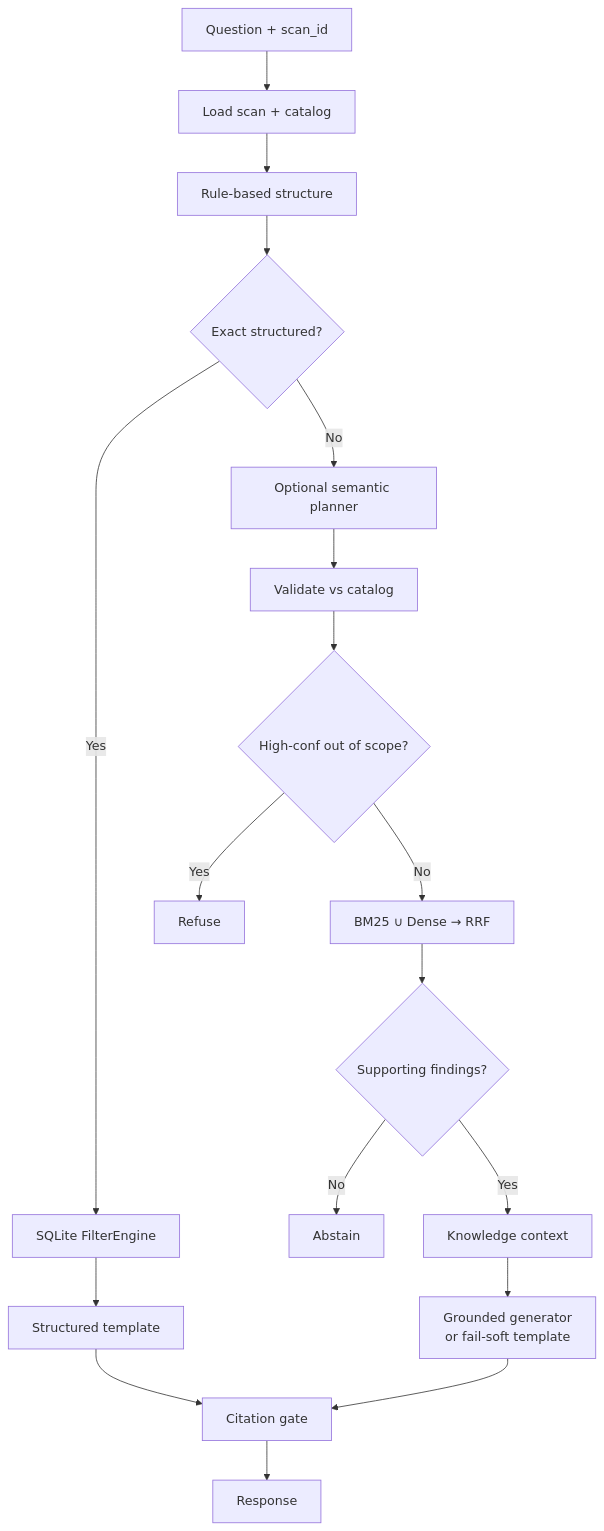
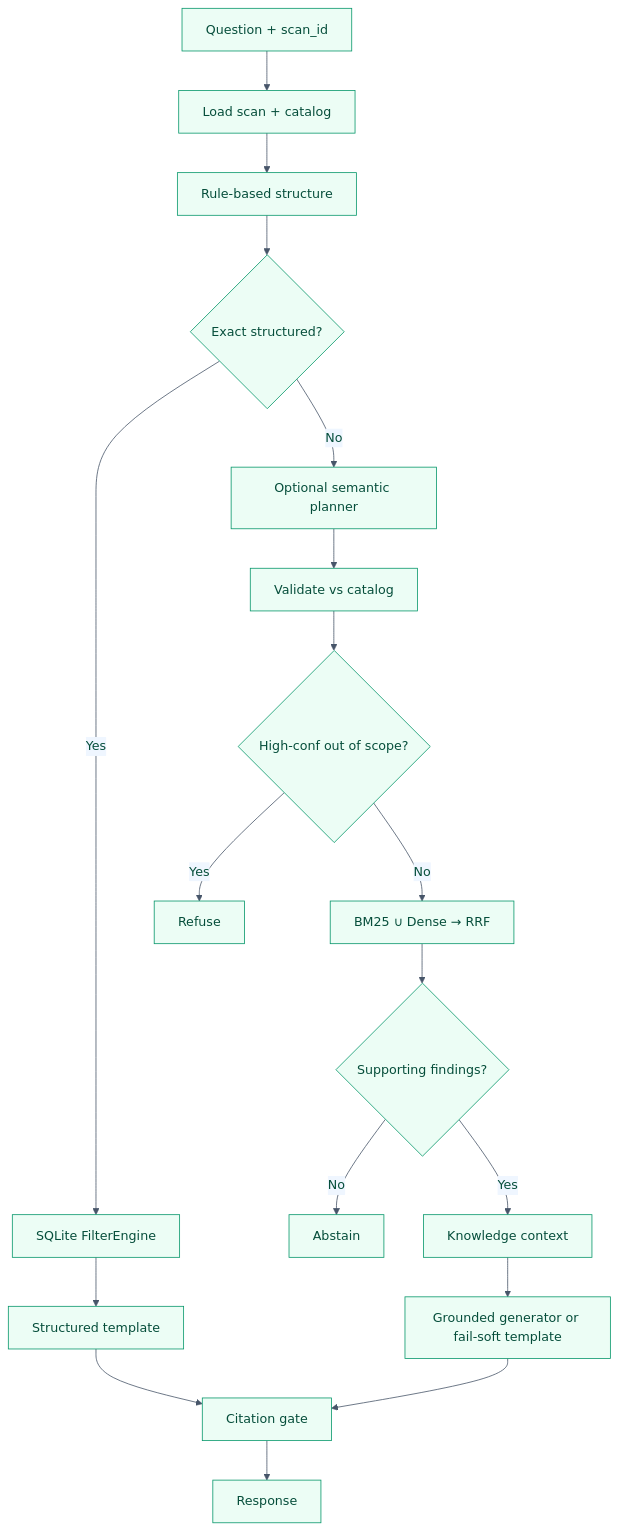
The second of 4 diagrams in README.md (SarthakPaandey/AppSecure), drawn with Mermaid before and after one commit. The commit also changed other lines of this file, not shown here.

````diff
--- a/README.md
+++ b/README.md
@@ -116,20 +139,21 @@
 ```mermaid
+%%{init: {'theme':'base', 'themeVariables': { 'primaryColor':'#ecfdf5', 'primaryTextColor':'#064e3b', 'primaryBorderColor':'#059669', 'lineColor':'#475569', 'secondaryColor':'#eff6ff', 'tertiaryColor':'#fef3c7'}}}%%
 flowchart TD
   Q[Question + scan_id] --> L[Load scan + catalog]
   L --> R[Rule-based structure]
   R --> EX{Exact structured?}
   EX -->|Yes| F[SQLite FilterEngine]
   F --> T[Structured template]
   T --> G[Citation gate]
   EX -->|No| P[Optional semantic planner]
   P --> V[Validate vs catalog]
   V --> O{High-conf out of scope?}
   O -->|Yes| REF[Refuse]
   O -->|No| H[BM25 ∪ Dense → RRF]
   H --> S{Supporting findings?}
   S -->|No| ABS[Abstain]
   S -->|Yes| K[Knowledge context]
-  K --> GEN[Grounded generator<br/>or fail-soft template]
+  K --> GEN[Grounded generator or fail-soft template]
   GEN --> G
   G --> RESP[Response]
 ```
````
